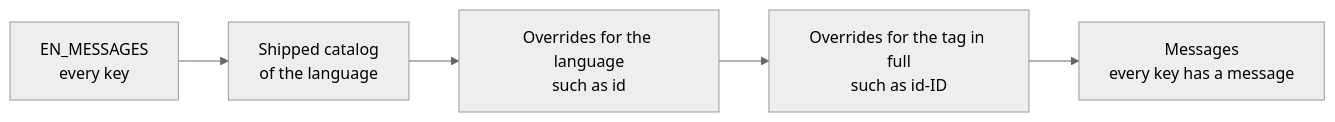
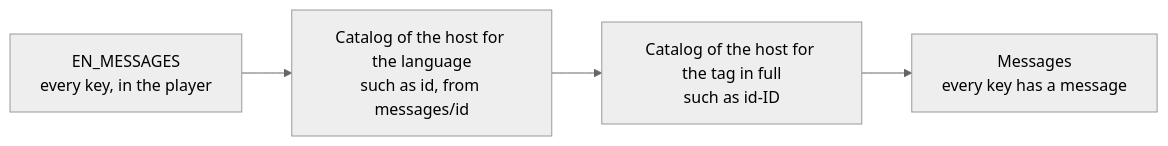
Before and after one commit to assesskit/assesskit: the diagram in docs/player/messages.md, drawn with Mermaid (neutral theme). The commit also changed other lines of this file and 40 other files, not shown here.

First line of the commit message:
Move the Indonesian catalog out of the root entry into a module a host imports for the language it shows, and lower the budgets by what it took

````diff
--- a/docs/player/messages.md
+++ b/docs/player/messages.md
@@ -8,7 +9,6 @@
 ```mermaid
 flowchart LR
-  en["EN_MESSAGES<br/>every key"] --> shipped["Shipped catalog<br/>of the language"]
-  shipped --> language["Overrides for the language<br/>such as id"]
-  language --> tag["Overrides for the tag in full<br/>such as id-ID"]
+  en["EN_MESSAGES<br/>every key, in the player"] --> language["Catalog of the host for the language<br/>such as id, from messages/id"]
+  language --> tag["Catalog of the host for the tag in full<br/>such as id-ID"]
   tag --> result["Messages<br/>every key has a message"]
 ```
````
